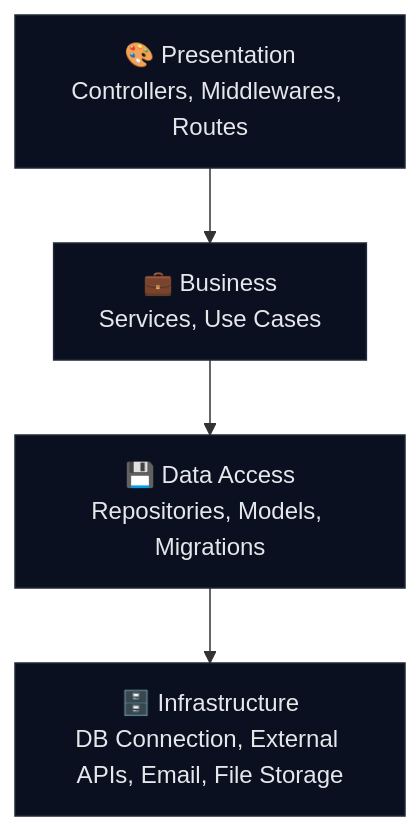
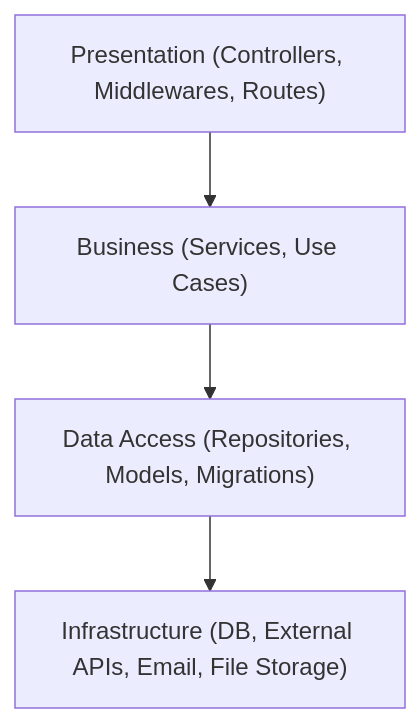
The second of 2 diagrams in README.md (Thinh11042004/PhimHub), drawn with Mermaid before and after one commit. The commit also changed other lines of this file, not shown here.

Commit message:
docs: add Mermaid architecture diagrams (system + clean layers)

````diff
--- a/README.md
+++ b/README.md
@@ -87,9 +87,6 @@
 ```mermaid
-graph TB
-  A[🎨 Presentation\nControllers, Middlewares, Routes] --> B[💼 Business\nServices, Use Cases]
-  B --> C[💾 Data Access\nRepositories, Models, Migrations]
-  C --> D[🗄️ Infrastructure\nDB Connection, External APIs, Email, File Storage]
-
-  classDef layer fill:#0b1020,stroke:#1f2937,color:#e5e7eb,stroke-width:1px;
-  class A,B,C,D layer;
+graph TD
+  Presentation["Presentation (Controllers, Middlewares, Routes)"] --> Business["Business (Services, Use Cases)"]
+  Business --> Data["Data Access (Repositories, Models, Migrations)"]
+  Data --> Infrastructure["Infrastructure (DB, External APIs, Email, File Storage)"]
 ```
````
